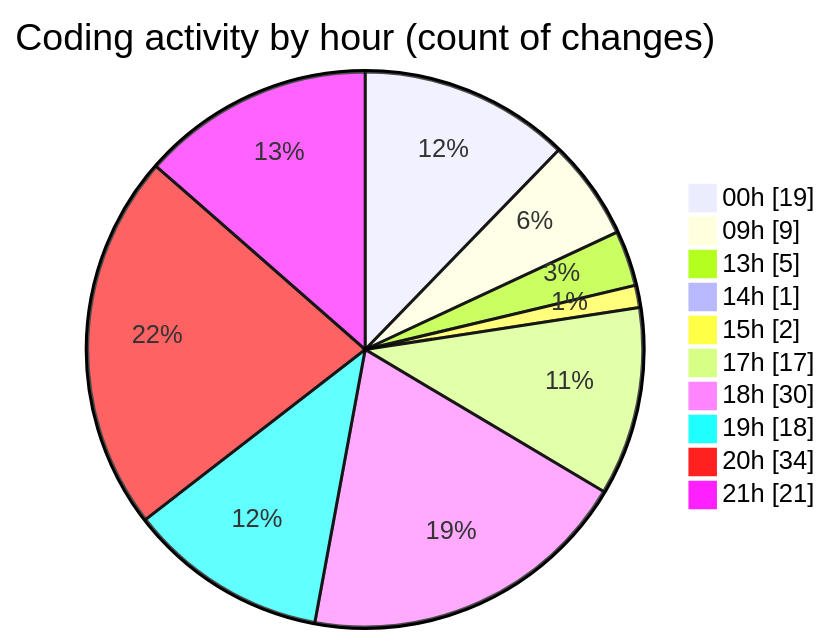
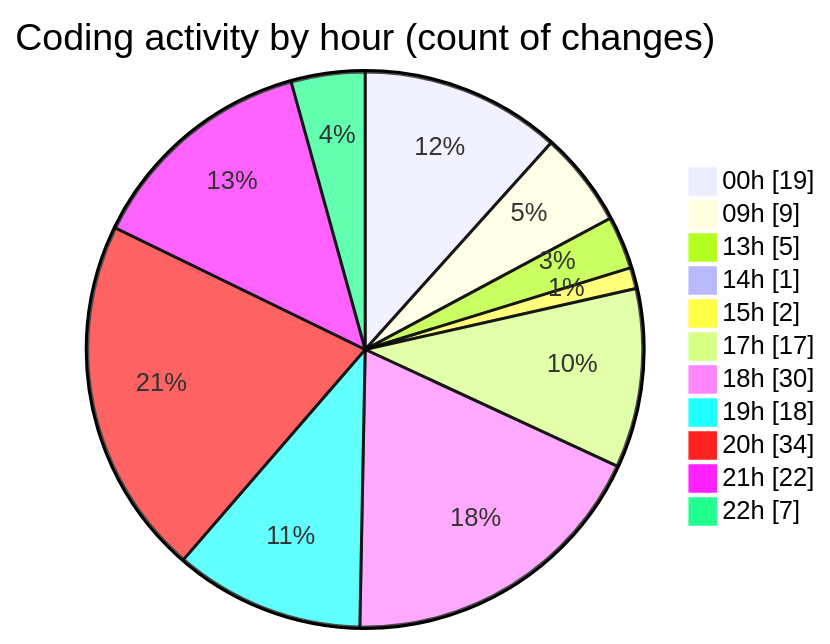
Before and after one commit to EIIisD/code-tracking: the second of 2 diagrams in 2025-08-12/ribbon/README.md, drawn with Mermaid. The commit also changed other lines of this file and 1 other file, not shown here.

````diff
--- a/2025-08-12/ribbon/README.md
+++ b/2025-08-12/ribbon/README.md
@@ -54,14 +57,15 @@
 ```mermaid
 pie showData
 title Coding activity by hour (count of changes)
 "00h" : 19
 "09h" : 9
 "13h" : 5
 "14h" : 1
 "15h" : 2
 "17h" : 17
 "18h" : 30
 "19h" : 18
 "20h" : 34
-"21h" : 21
+"21h" : 22
+"22h" : 7
 ```
````
